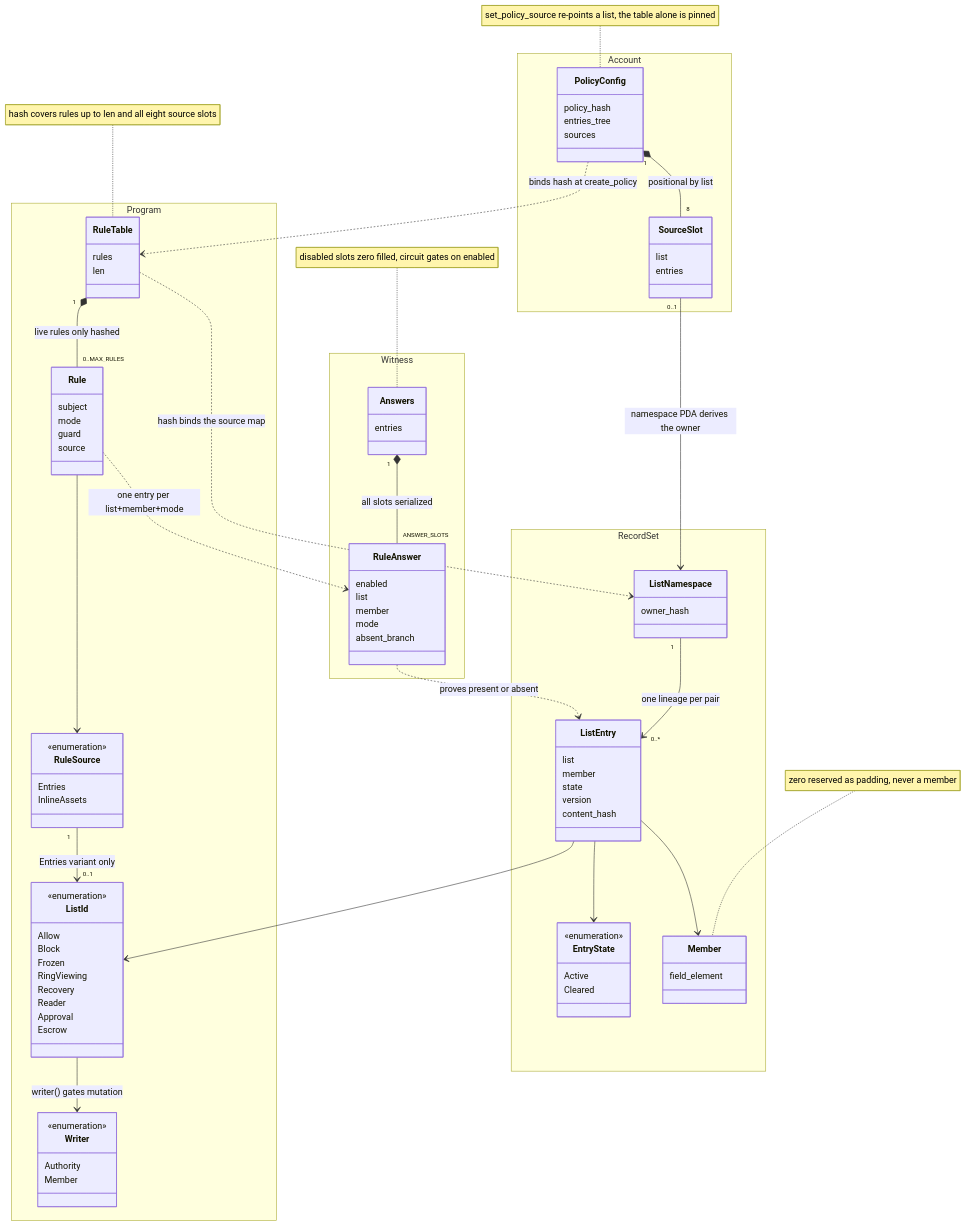
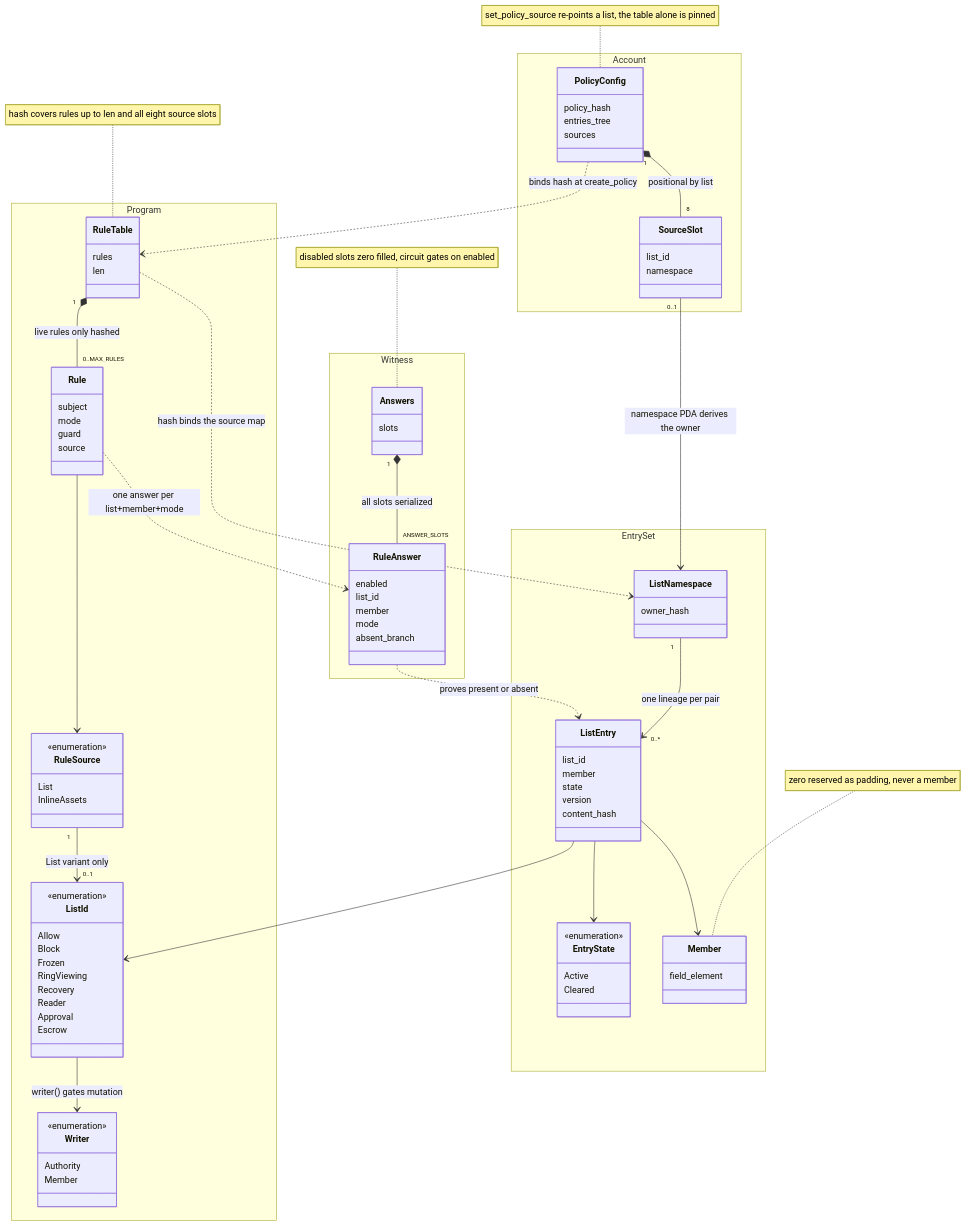
One commit to helius-labs/zolana changed the diagram in docs/diagrams/ring-policy-classes.mmd. Above: the diagram before and after it, drawn with Mermaid. The commit also changed 51 other files, not shown here.

```diff
--- a/docs/diagrams/ring-policy-classes.mmd
+++ b/docs/diagrams/ring-policy-classes.mmd
@@ -1,100 +1,100 @@
 classDiagram
     direction TB
 
     namespace Account {
         class PolicyConfig {
             policy_hash
             entries_tree
             sources
         }
         class SourceSlot {
-            list
-            entries
+            list_id
+            namespace
         }
     }
     namespace Program {
         class RuleTable {
             rules
             len
         }
         class Rule {
             subject
             mode
             guard
             source
         }
         class RuleSource {
             <<enumeration>>
-            Entries
+            List
             InlineAssets
         }
         class ListId {
             <<enumeration>>
             Allow
             Block
             Frozen
             RingViewing
             Recovery
             Reader
             Approval
             Escrow
         }
         class Writer {
             <<enumeration>>
             Authority
             Member
         }
     }
-    namespace RecordSet {
+    namespace EntrySet {
         class ListNamespace {
             owner_hash
         }
         class ListEntry {
-            list
+            list_id
             member
             state
             version
             content_hash
         }
         class EntryState {
             <<enumeration>>
             Active
             Cleared
         }
         class Member {
             field_element
         }
     }
     namespace Witness {
         class Answers {
-            entries
+            slots
         }
         class RuleAnswer {
             enabled
-            list
+            list_id
             member
             mode
             absent_branch
         }
     }
 
     PolicyConfig ..> RuleTable : binds hash at create_policy
     PolicyConfig "1" *-- "8" SourceSlot : positional by list
     SourceSlot "0..1" --> ListNamespace : namespace PDA derives the owner
     RuleTable ..> ListNamespace : hash binds the source map
     RuleTable "1" *-- "0..MAX_RULES" Rule : live rules only hashed
     Rule --> RuleSource
-    RuleSource "1" --> "0..1" ListId : Entries variant only
+    RuleSource "1" --> "0..1" ListId : List variant only
     ListId --> Writer : writer() gates mutation
     ListEntry --> ListId
     ListEntry --> Member
     ListEntry --> EntryState
     ListNamespace "1" --> "0..*" ListEntry : one lineage per pair
     Answers "1" *-- "ANSWER_SLOTS" RuleAnswer : all slots serialized
-    Rule ..> RuleAnswer : one entry per list+member+mode
+    Rule ..> RuleAnswer : one answer per list+member+mode
     RuleAnswer ..> ListEntry : proves present or absent
 
     note for RuleTable "hash covers rules up to len and all eight source slots"
     note for Answers "disabled slots zero filled, circuit gates on enabled"
     note for Member "zero reserved as padding, never a member"
     note for PolicyConfig "set_policy_source re-points a list, the table alone is pinned"
```
